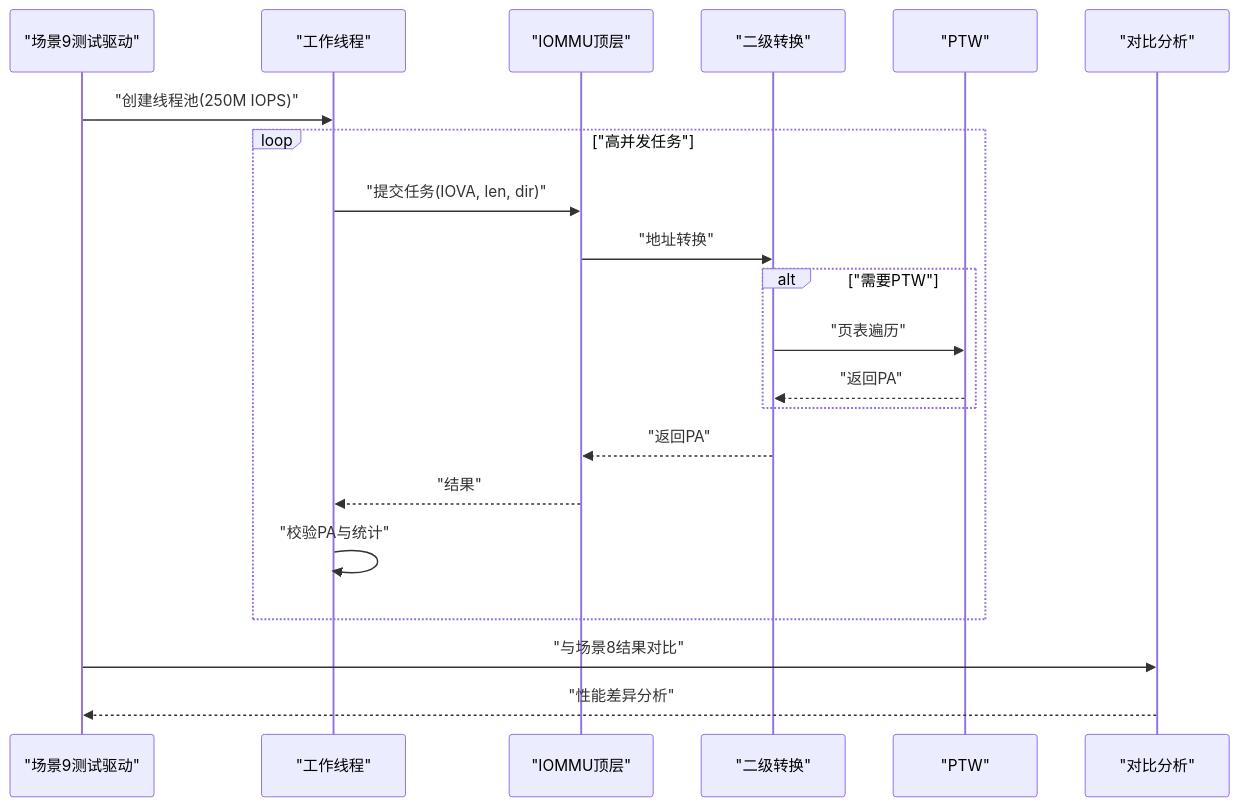
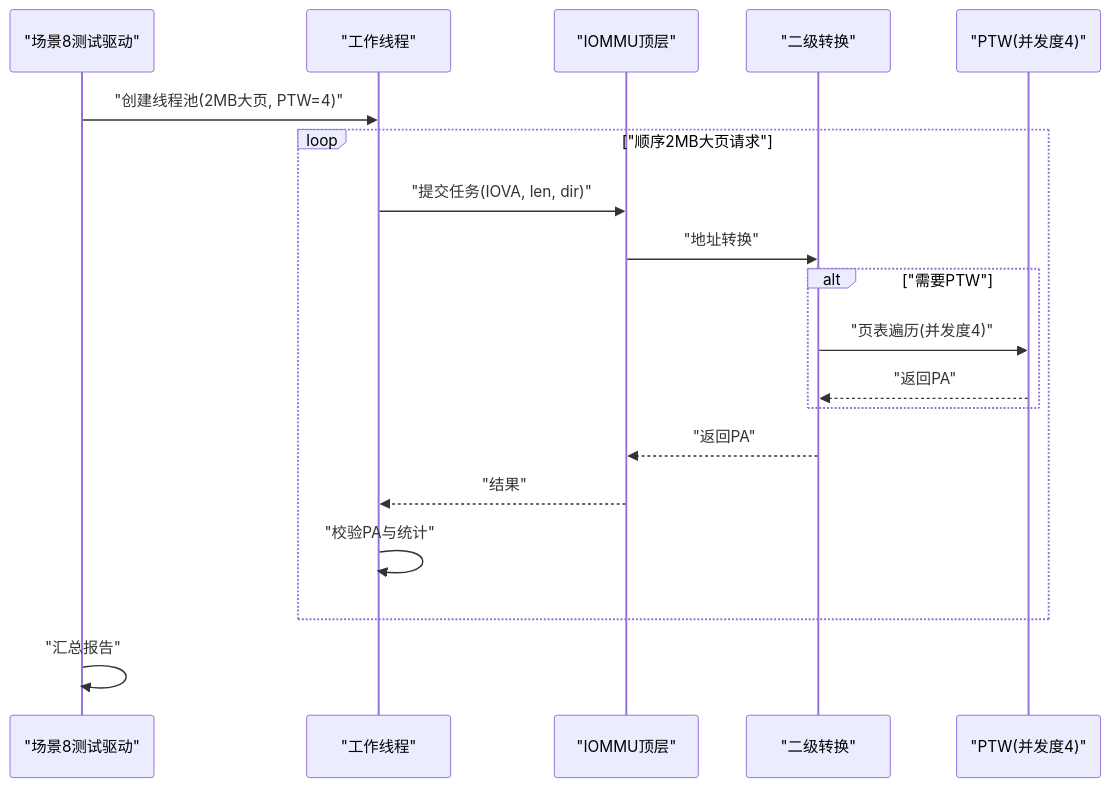
The seventh of 9 diagrams in .qoder/repowiki/zh/content/测试与验证/Scenario 8大页测试框架.md (jiangjiang1122/iommu_model_20260401_v1), drawn with Mermaid before and after one commit. The commit also changed other lines of this file and 159 other files, not shown here.

Commit message:
chore: 更新知识库文档 + 新增PTW并发分析图表与数据文件

````diff
--- a/.qoder/repowiki/zh/content/测试与验证/Scenario 8大页测试框架.md
+++ b/.qoder/repowiki/zh/content/测试与验证/Scenario 8大页测试框架.md
@@ -308,23 +303,21 @@
 ```mermaid
 sequenceDiagram
-participant Driver9 as "场景9测试驱动"
-participant Thread9 as "工作线程"
+participant Driver8 as "场景8测试驱动"
+participant Thread8 as "工作线程"
 participant Top as "IOMMU顶层"
 participant ST as "二级转换"
-participant PTW as "PTW"
-participant Compare as "对比分析"
-Driver9->>Thread9 : "创建线程池(250M IOPS)"
-loop "高并发任务"
-Thread9->>Top : "提交任务(IOVA, len, dir)"
+participant PTW as "PTW(并发度4)"
+Driver8->>Thread8 : "创建线程池(2MB大页, PTW=4)"
+loop "顺序2MB大页请求"
+Thread8->>Top : "提交任务(IOVA, len, dir)"
 Top->>ST : "地址转换"
 alt "需要PTW"
-ST->>PTW : "页表遍历"
+ST->>PTW : "页表遍历(并发度4)"
 PTW-->>ST : "返回PA"
 end
 ST-->>Top : "返回PA"
-Top-->>Thread9 : "结果"
-Thread9->>Thread9 : "校验PA与统计"
+Top-->>Thread8 : "结果"
+Thread8->>Thread8 : "校验PA与统计"
 end
-Driver9->>Compare : "与场景8结果对比"
-Compare-->>Driver9 : "性能差异分析"
+Driver8->>Driver8 : "汇总报告"
 ```
````
